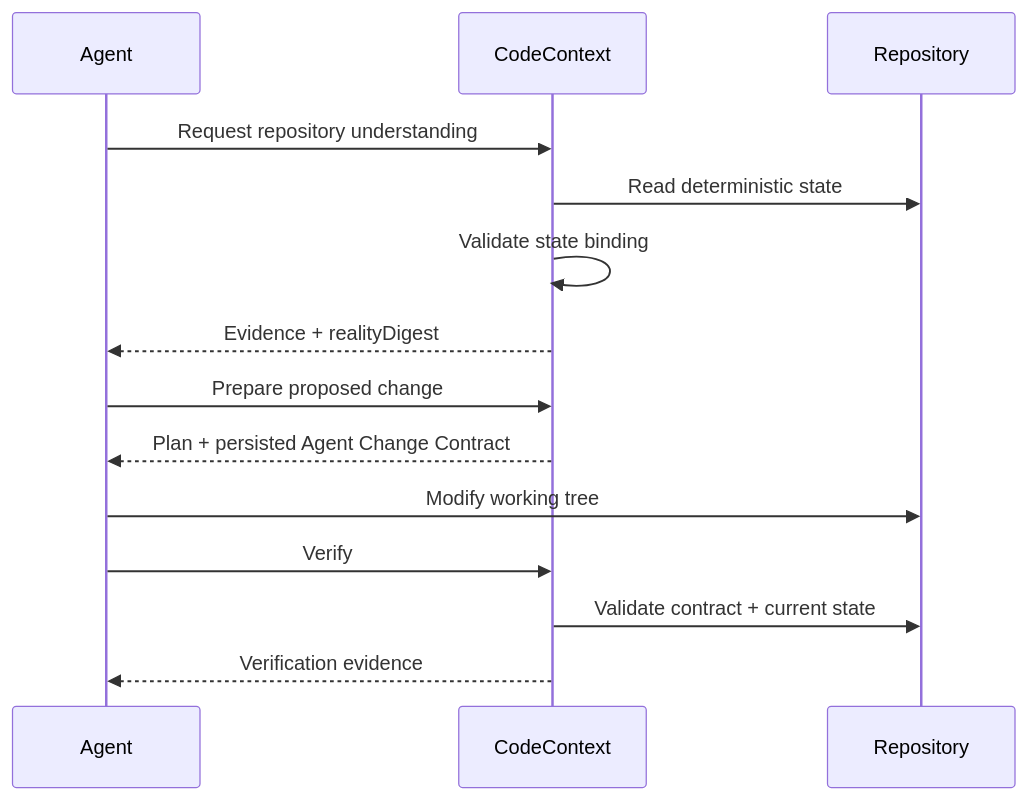
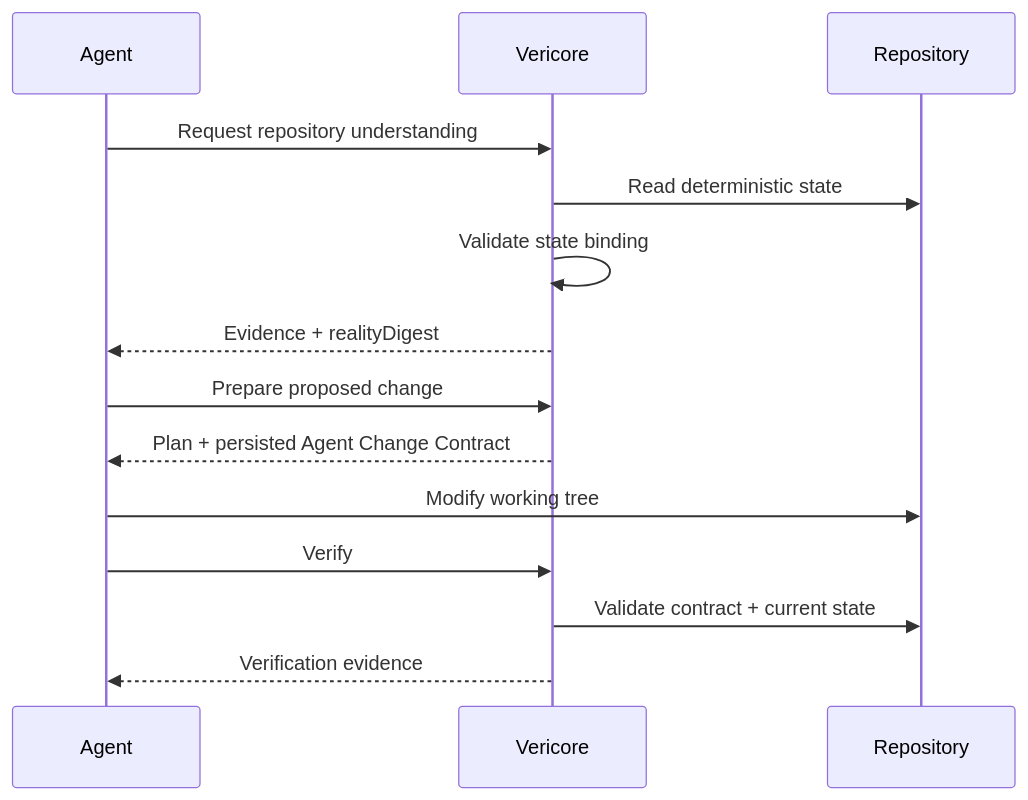
One commit to sonii-shivansh/CodeContext changed the third of 3 diagrams in docs/ENGINEERING_REALITY.md. Above: the diagram before and after it, drawn with Mermaid. The commit also changed other lines of this file and 253 other files, not shown here.

Commit message:
refactor: migrate CodeContext identity to Vericore

````diff
--- a/docs/ENGINEERING_REALITY.md
+++ b/docs/ENGINEERING_REALITY.md
@@ -122,16 +122,16 @@
 ```mermaid
 sequenceDiagram
     participant Agent
-    participant CC as CodeContext
+    participant CC as Vericore
     participant Repo as Repository
     Agent->>CC: Request repository understanding
     CC->>Repo: Read deterministic state
     CC->>CC: Validate state binding
     CC-->>Agent: Evidence + realityDigest
     Agent->>CC: Prepare proposed change
     CC-->>Agent: Plan + persisted Agent Change Contract
     Agent->>Repo: Modify working tree
     Agent->>CC: Verify
     CC->>Repo: Validate contract + current state
     CC-->>Agent: Verification evidence
 ```
````
